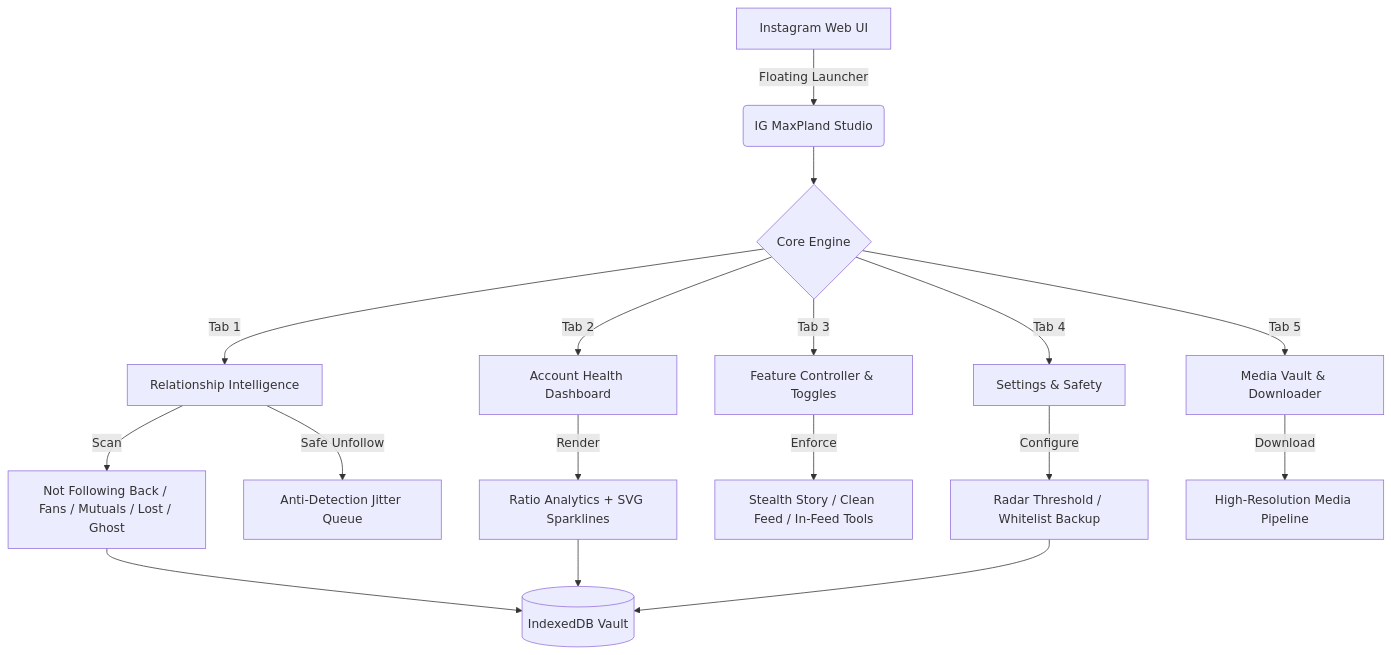
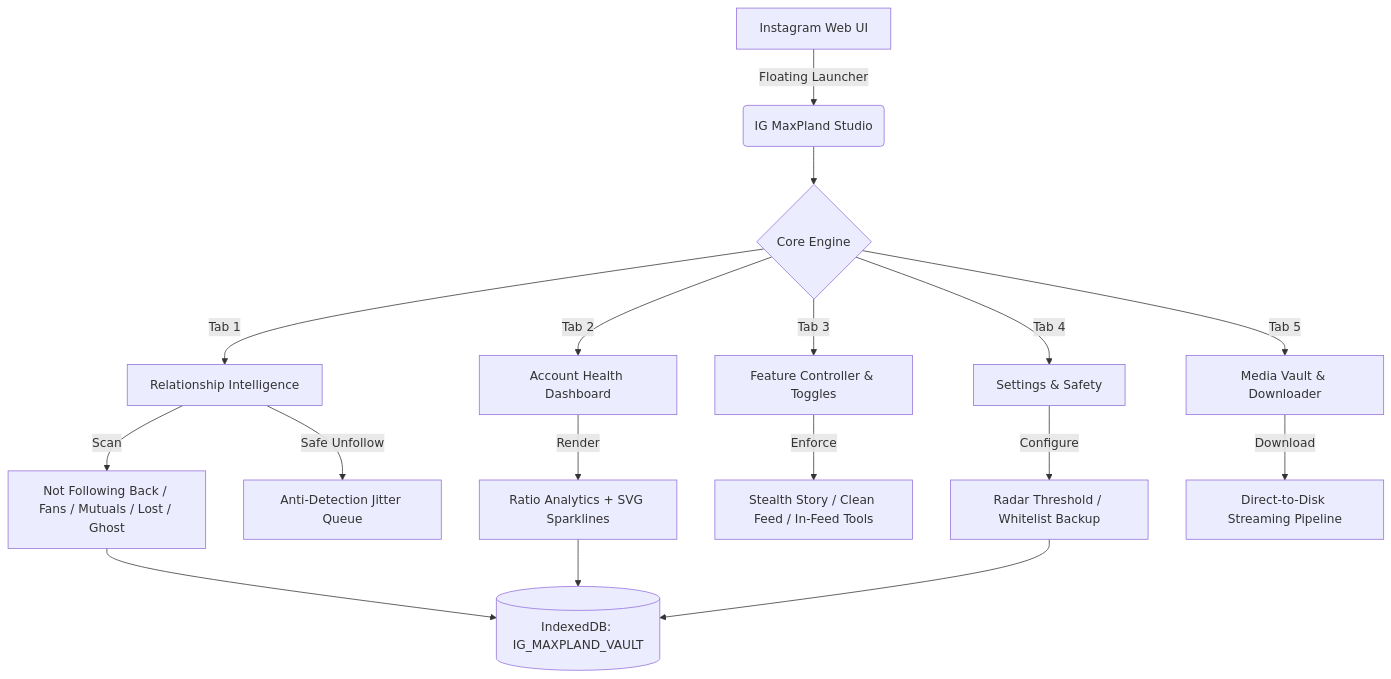
One commit to Stxyu-p/ig-maxpland changed the first of 2 diagrams in README.md. Above: the diagram before and after it, drawn with Mermaid. The commit also changed other lines of this file and 3 other files, not shown here.

````diff
--- a/README.md
+++ b/README.md
@@ -92,19 +92,19 @@
 ```mermaid
 graph TD
     A[Instagram Web UI] -->|Floating Launcher| B(IG MaxPland Studio)
     B --> C{Core Engine}
     C -->|Tab 1| D[Relationship Intelligence]
     C -->|Tab 2| E[Account Health Dashboard]
     C -->|Tab 3| F[Feature Controller & Toggles]
     C -->|Tab 4| G[Settings & Safety]
     C -->|Tab 5| H[Media Vault & Downloader]
 
     D -->|Scan| I[Not Following Back / Fans / Mutuals / Lost / Ghost]
     D -->|Safe Unfollow| J[Anti-Detection Jitter Queue]
     E -->|Render| K[Ratio Analytics + SVG Sparklines]
     F -->|Enforce| L[Stealth Story / Clean Feed / In-Feed Tools]
     G -->|Configure| M[Radar Threshold / Whitelist Backup]
-    H -->|Download| N[High-Resolution Media Pipeline]
+    H -->|Download| N[Direct-to-Disk Streaming Pipeline]
 
-    I & K & M --> O[(IndexedDB Vault)]
+    I & K & M --> O[(IndexedDB: IG_MAXPLAND_VAULT)]
 ```
````
